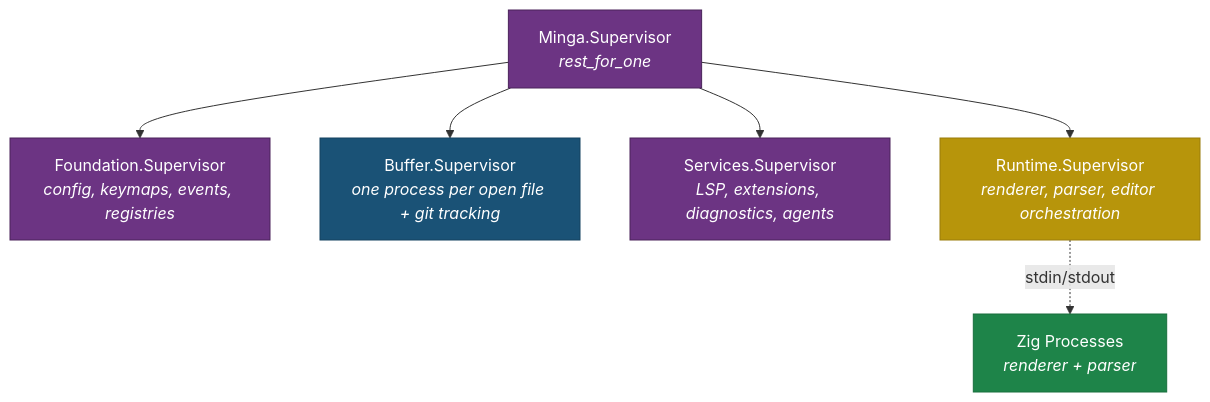
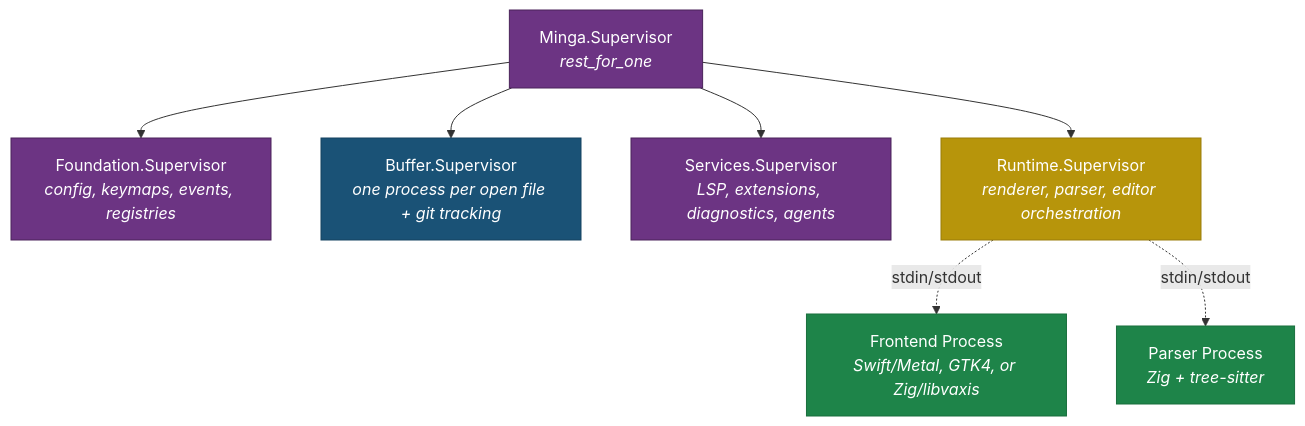
The second of 10 diagrams in docs/ARCHITECTURE.md (jsmestad/minga), drawn with Mermaid before and after one commit. The commit also changed other lines of this file and 4 other files, not shown here.

First line of the commit message:
docs: update architecture and agent docs for GUI-first strategy

````diff
--- a/docs/ARCHITECTURE.md
+++ b/docs/ARCHITECTURE.md
@@ -111,18 +138,20 @@
 ```mermaid
 graph TD
     SUP["Minga.Supervisor<br/><i>rest_for_one</i>"]
 
     SUP --> FOUND["Foundation.Supervisor<br/><i>config, keymaps, events, registries</i>"]
     SUP --> BUFSUP["Buffer.Supervisor<br/><i>one process per open file + git tracking</i>"]
     SUP --> SVC["Services.Supervisor<br/><i>LSP, extensions, diagnostics, agents</i>"]
     SUP --> RT["Runtime.Supervisor<br/><i>renderer, parser, editor orchestration</i>"]
 
-    RT -. "stdin/stdout" .-> ZIG["Zig Processes<br/><i>renderer + parser</i>"]
+    RT -. "stdin/stdout" .-> FE["Frontend Process<br/><i>Swift/Metal, GTK4, or Zig/libvaxis</i>"]
+    RT -. "stdin/stdout" .-> PARSER["Parser Process<br/><i>Zig + tree-sitter</i>"]
 
     style SUP fill:#6c3483,stroke:#4a235a,color:#fff
     style FOUND fill:#6c3483,stroke:#4a235a,color:#fff
     style BUFSUP fill:#1a5276,stroke:#154360,color:#fff
     style SVC fill:#6c3483,stroke:#4a235a,color:#fff
     style RT fill:#b7950b,stroke:#9a7d0a,color:#fff
-    style ZIG fill:#1e8449,stroke:#196f3d,color:#fff
+    style FE fill:#1e8449,stroke:#196f3d,color:#fff
+    style PARSER fill:#1e8449,stroke:#196f3d,color:#fff
 ```
````
